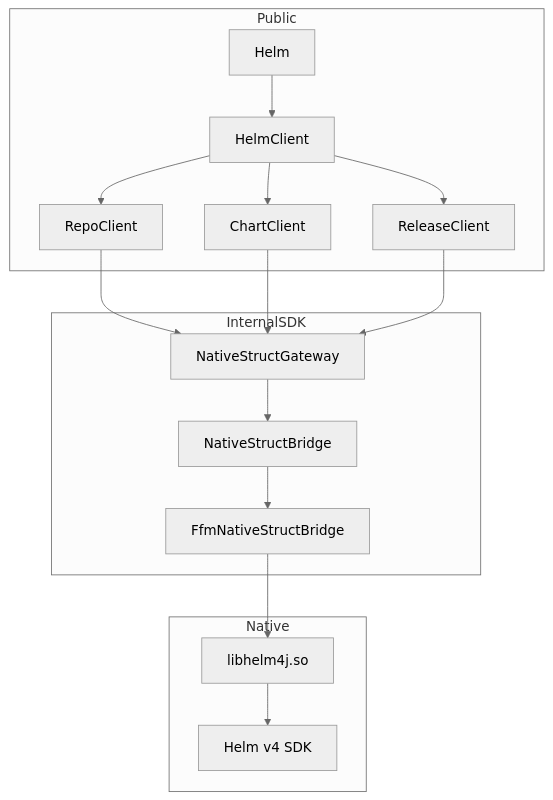
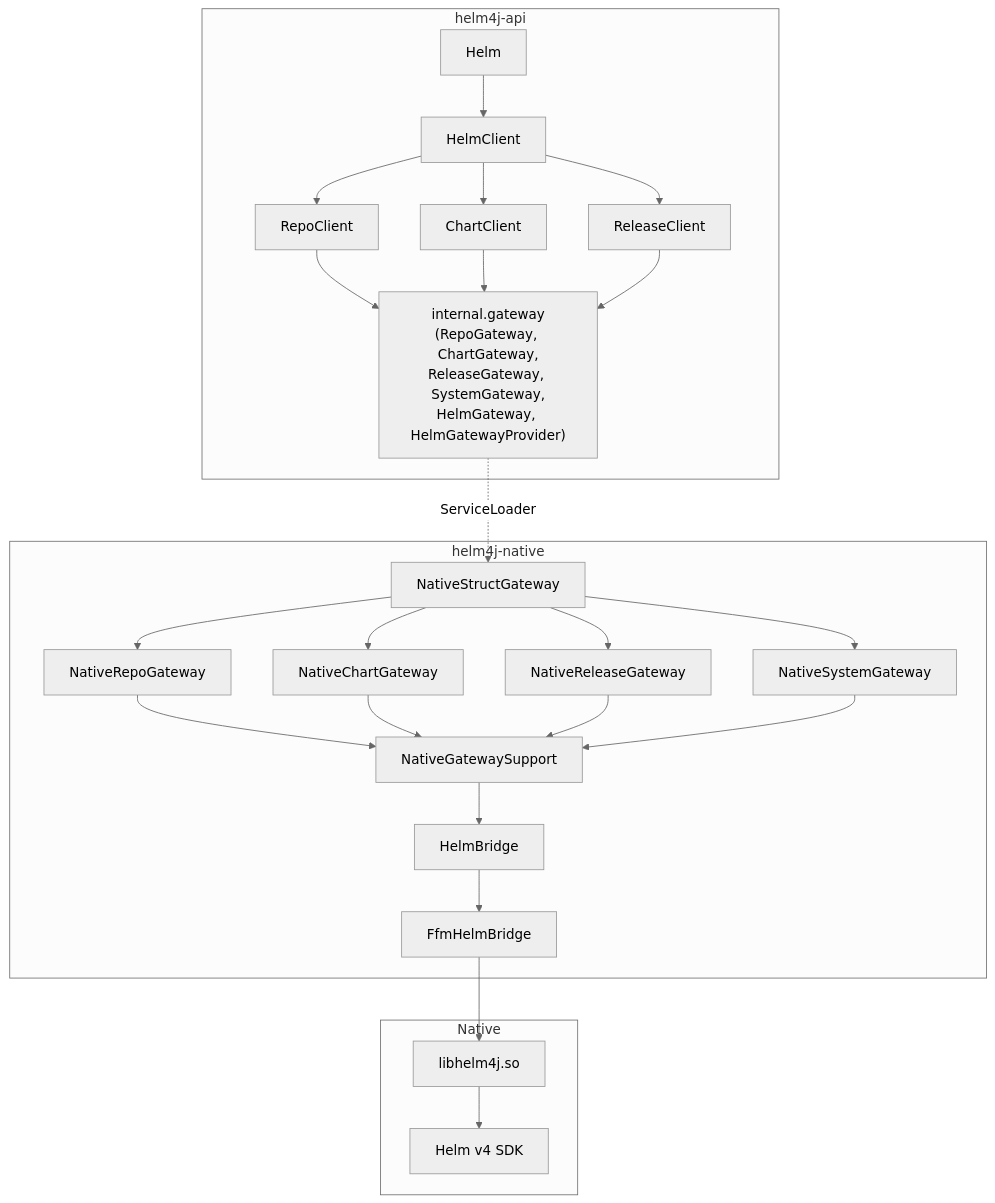
Before and after one commit to thiagogcm/helm4j: the diagram in docs/spec.md, drawn with Mermaid (neutral theme). The commit also changed other lines of this file and 32 other files, not shown here.

First line of the commit message:
refactor(arch): tighten module boundaries and split native gateway

````diff
--- a/docs/spec.md
+++ b/docs/spec.md
@@ -123,35 +123,50 @@
 ```mermaid
 flowchart TB
-    subgraph Public
+    subgraph helm4j-api
       H[Helm]
       HC[HelmClient]
       RC[RepoClient]
       CC[ChartClient]
       RLC[ReleaseClient]
+      SPI["internal.gateway<br/>(RepoGateway, ChartGateway,<br/>ReleaseGateway, SystemGateway,<br/>HelmGateway, HelmGatewayProvider)"]
     end
 
-    subgraph InternalSDK
+    subgraph helm4j-native
       GW[NativeStructGateway]
-      BR[NativeStructBridge]
-      FFM[FfmNativeStructBridge]
+      RG[NativeRepoGateway]
+      CG[NativeChartGateway]
+      RLG[NativeReleaseGateway]
+      SG[NativeSystemGateway]
+      SUP[NativeGatewaySupport]
+      BR[HelmBridge]
+      FFM[FfmHelmBridge]
     end
 
     subgraph Native
       LIB[libhelm4j.so]
       HELM[Helm v4 SDK]
     end
 
     H --> HC
     HC --> RC
     HC --> CC
     HC --> RLC
 
-    RC --> GW
-    CC --> GW
-    RLC --> GW
+    RC --> SPI
+    CC --> SPI
+    RLC --> SPI
+    SPI -. ServiceLoader .-> GW
 
-    GW --> BR
+    GW --> RG
+    GW --> CG
+    GW --> RLG
+    GW --> SG
+    RG --> SUP
+    CG --> SUP
+    RLG --> SUP
+    SG --> SUP
+    SUP --> BR
     BR --> FFM
     FFM --> LIB
     LIB --> HELM
 ```
````
